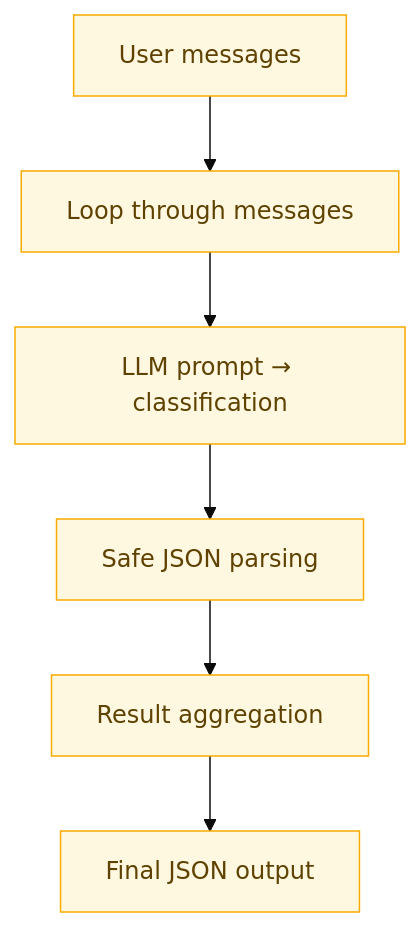
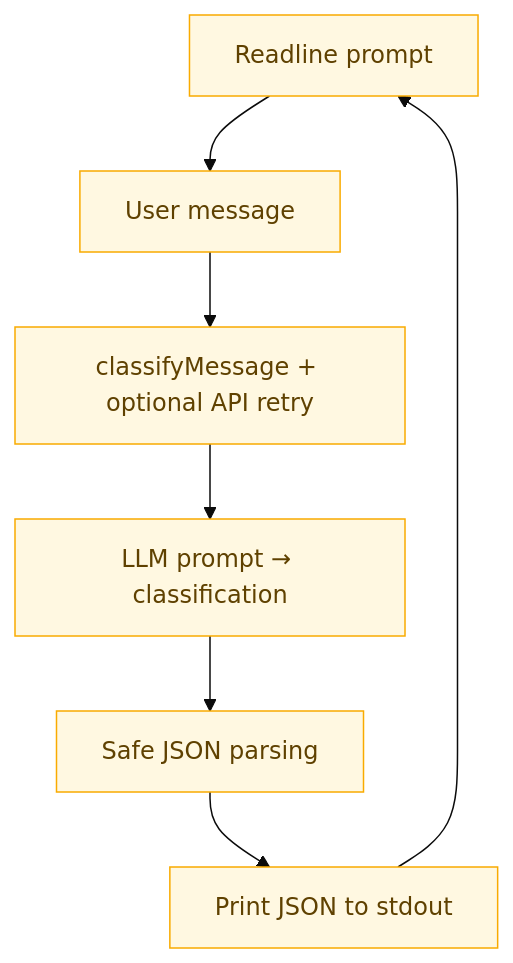
The second of 2 diagrams in README.md (Sarvesh-Ragav/Zuntra---AI-Agenting-Task), drawn with Mermaid (base theme) before and after one commit. The commit also changed other lines of this file, not shown here.

First line of the commit message:
docs: align README with interactive CLI, retry, and current prompt

````diff
--- a/README.md
+++ b/README.md
@@ -25,11 +27,12 @@
 ```mermaid
 flowchart TD
-    A[User messages] --> B[Loop through messages]
-    B --> C[LLM prompt → classification]
-    C --> D[Safe JSON parsing]
-    D --> E[Result aggregation]
-    E --> F[Final JSON output]
+    A[Readline prompt] --> B[User message]
+    B --> C[classifyMessage + optional API retry]
+    C --> D[LLM prompt → classification]
+    D --> E[Safe JSON parsing]
+    E --> F[Print JSON to stdout]
+    F --> A
 
     classDef phase fill:#fff8e1,stroke:#f9ab00,stroke-width:1px,color:#5f4100
     class A,B,C,D,E,F phase
 ```
````
